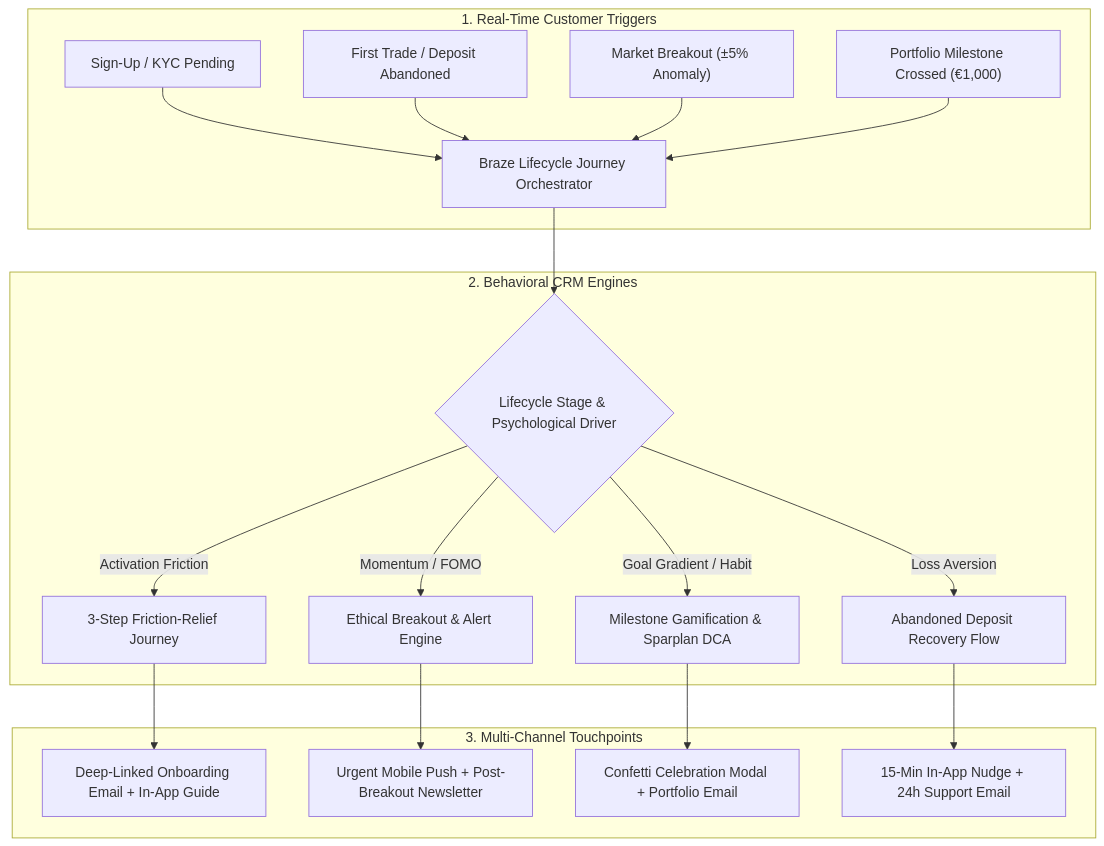
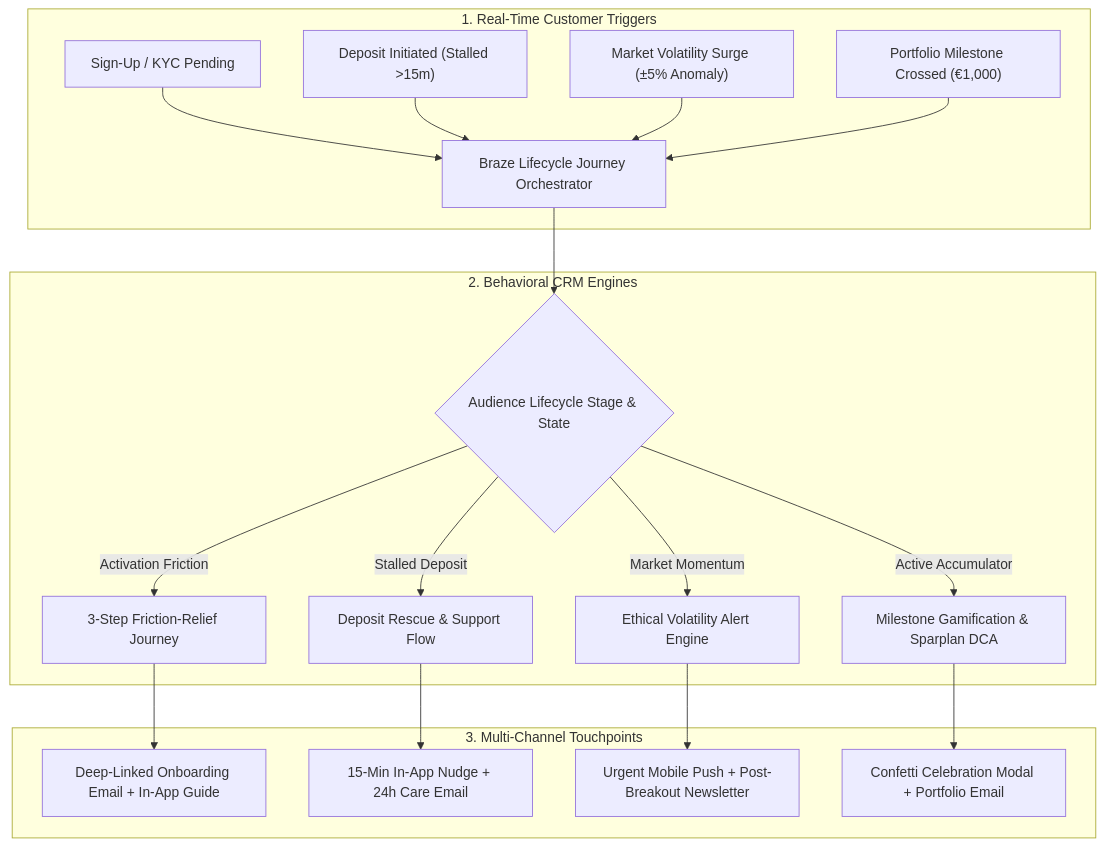
Before and after one commit to Faizan021/crypto-trading-growth-engine: the diagram in README.md, drawn with Mermaid. The commit also changed other lines of this file, not shown here.

Commit message:
docs: replace platform comparison with proven FinTech lifecycle campaign benchmarks (Stash, Revolut, Trade Republic)

````diff
--- a/README.md
+++ b/README.md
@@ -32,24 +31,24 @@
 ```mermaid
 flowchart TD
-    subgraph Behavioral_Triggers ["1. Real-Time Customer Triggers"]
+    subgraph Trigger_Layer ["1. Real-Time Customer Triggers"]
         A["Sign-Up / KYC Pending"] --> D["Braze Lifecycle Journey Orchestrator"]
-        B["First Trade / Deposit Abandoned"] --> D
-        C["Market Breakout (±5% Anomaly)"] --> D
+        B["Deposit Initiated (Stalled >15m)"] --> D
+        C["Market Volatility Surge (±5% Anomaly)"] --> D
         T["Portfolio Milestone Crossed (€1,000)"] --> D
     end
 
-    subgraph Psychological_Engines ["2. Behavioral CRM Engines"]
-        D --> E{"Lifecycle Stage & Psychological Driver"}
+    subgraph Segmentation_Layer ["2. Behavioral CRM Engines"]
+        D --> E{"Audience Lifecycle Stage & State"}
         E -->|Activation Friction| F["3-Step Friction-Relief Journey"]
-        E -->|Momentum / FOMO| G["Ethical Breakout & Alert Engine"]
-        E -->|Goal Gradient / Habit| H["Milestone Gamification & Sparplan DCA"]
-        E -->|Loss Aversion| I["Abandoned Deposit Recovery Flow"]
+        E -->|Stalled Deposit| G["Deposit Rescue & Support Flow"]
+        E -->|Market Momentum| H["Ethical Volatility Alert Engine"]
+        E -->|Active Accumulator| I["Milestone Gamification & Sparplan DCA"]
     end
 
-    subgraph Omnichannel_Execution ["3. Multi-Channel Touchpoints"]
+    subgraph Touchpoint_Layer ["3. Multi-Channel Touchpoints"]
         F --> J["Deep-Linked Onboarding Email + In-App Guide"]
-        G --> K["Urgent Mobile Push + Post-Breakout Newsletter"]
-        H --> L["Confetti Celebration Modal + Portfolio Email"]
-        I --> M["15-Min In-App Nudge + 24h Support Email"]
+        G --> K["15-Min In-App Nudge + 24h Care Email"]
+        H --> L["Urgent Mobile Push + Post-Breakout Newsletter"]
+        I --> M["Confetti Celebration Modal + Portfolio Email"]
     end
 ```
````
